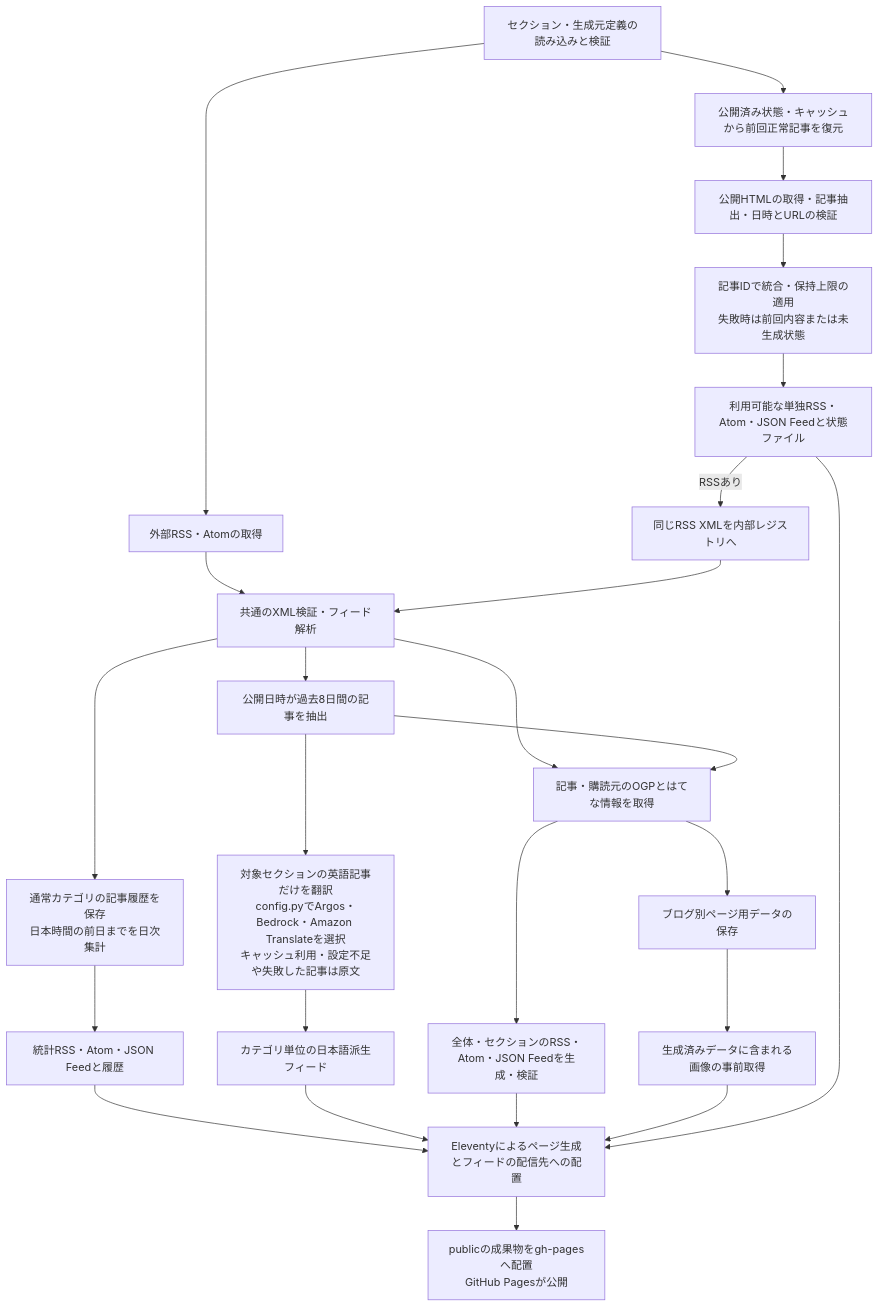
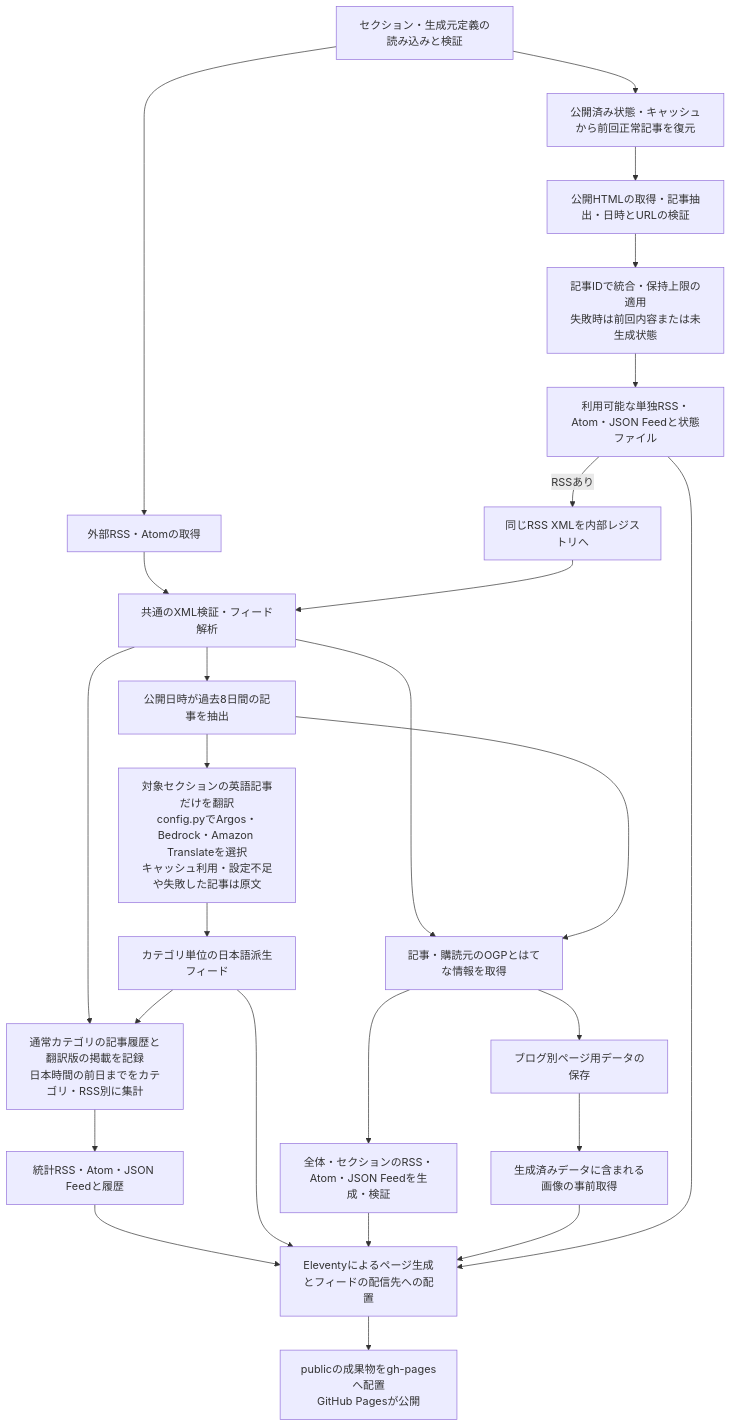
The diagram in README.md (fuhitonakagawa/my-tech-blog-rss-feed), drawn with Mermaid before and after one commit. The commit also changed other lines of this file and 23 other files, not shown here.

Commit message:
feat(statistics): ✨ add per-feed counts and translated item tracking

````diff
--- a/README.md
+++ b/README.md
@@ -519,46 +521,47 @@
 ```mermaid
 flowchart TD
     definitions["セクション・生成元定義の読み込みと検証"]
     previous["公開済み状態・キャッシュから前回正常記事を復元"]
     html["公開HTMLの取得・記事抽出・日時とURLの検証"]
     state["記事IDで統合・保持上限の適用<br/>失敗時は前回内容または未生成状態"]
     generated["利用可能な単独RSS・Atom・JSON Feedと状態ファイル"]
     registry["同じRSS XMLを内部レジストリへ"]
     remote["外部RSS・Atomの取得"]
     parse["共通のXML検証・フィード解析"]
     recent["公開日時が過去8日間の記事を抽出"]
     translation["対象セクションの英語記事だけを翻訳<br/>config.pyでArgos・Bedrock・Amazon Translateを選択<br/>キャッシュ利用・設定不足や失敗した記事は原文"]
     translated["カテゴリ単位の日本語派生フィード"]
     metadata["記事・購読元のOGPとはてな情報を取得"]
     aggregated["全体・セクションのRSS・Atom・JSON Feedを生成・検証"]
     blog["ブログ別ページ用データの保存"]
     prepare["生成済みデータに含まれる画像の事前取得"]
     site["Eleventyによるページ生成とフィードの配信先への配置"]
     deploy["publicの成果物をgh-pagesへ配置<br/>GitHub Pagesが公開"]
     definitions --> previous
     previous --> html
     html --> state
     state --> generated
     generated -->|RSSあり| registry
     definitions --> remote
     remote --> parse
     registry --> parse
     parse --> recent
     parse --> metadata
     recent --> metadata
-    statistics["通常カテゴリの記事履歴を保存<br/>日本時間の前日までを日次集計"]
+    statistics["通常カテゴリの記事履歴と翻訳版の掲載を記録<br/>日本時間の前日までをカテゴリ・RSS別に集計"]
     statisticsFeeds["統計RSS・Atom・JSON Feedと履歴"]
     parse --> statistics
+    translated --> statistics
     statistics --> statisticsFeeds
     statisticsFeeds --> site
     recent --> translation
     translation --> translated
     translated --> site
     metadata --> aggregated
     metadata --> blog
     blog --> prepare
     aggregated --> site
     prepare --> site
     generated --> site
     site --> deploy
 ```
````
